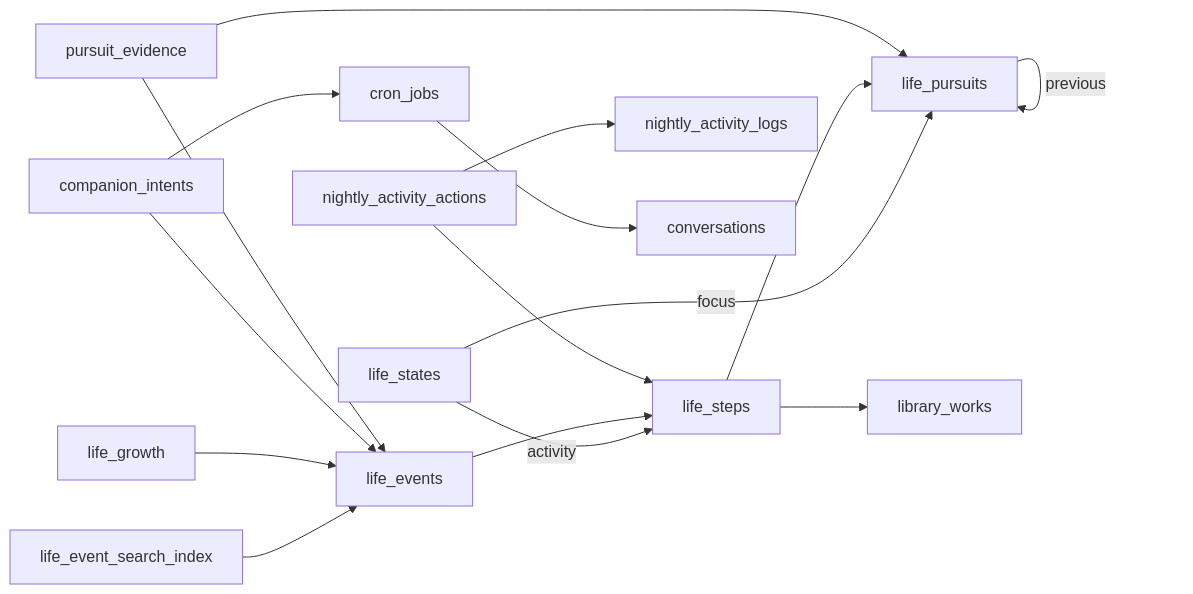
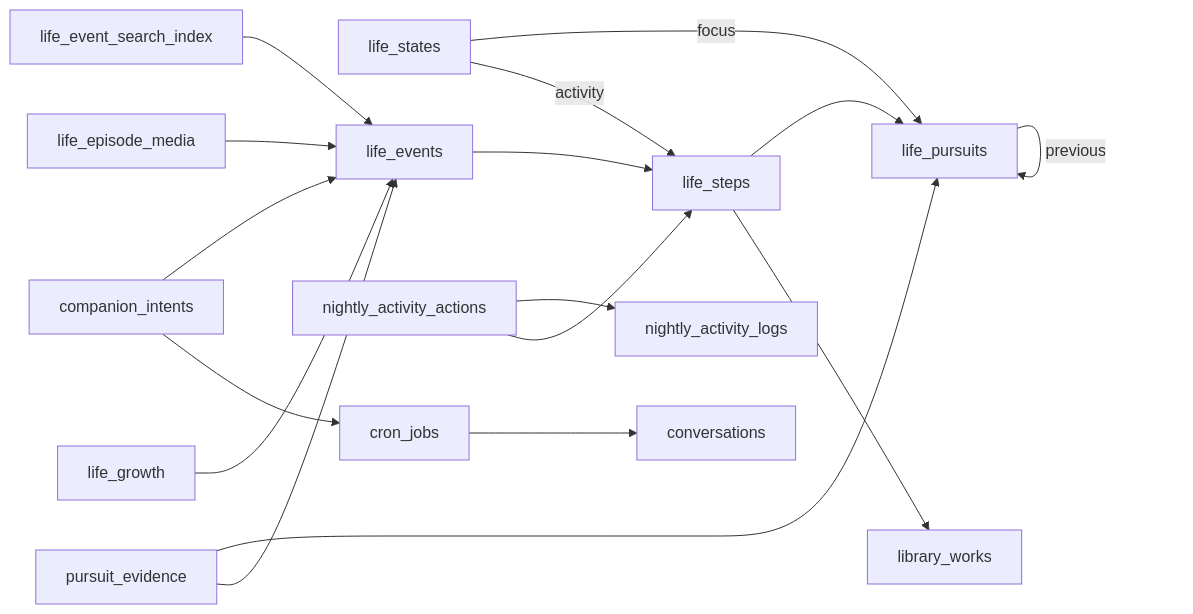
Before and after one commit to yangjinming1062/SpiritAgent: the seventh of 8 diagrams in docs/DATABASE.md, drawn with Mermaid. The commit also changed other lines of this file and 42 other files, not shown here.

First line of the commit message:
feat(backend,client): 支持近况分享图片和短视频

````diff
--- a/docs/DATABASE.md
+++ b/docs/DATABASE.md
@@ -137,18 +137,19 @@
 ```mermaid
 flowchart LR
     life_states -->|focus| life_pursuits
     life_states -->|activity| life_steps
     life_pursuits -->|previous| life_pursuits
     life_steps --> life_pursuits
     life_event_search_index --> life_events
+    life_episode_media --> life_events
     life_events --> life_steps
     life_growth --> life_events
     companion_intents --> life_events
     life_steps --> library_works
     pursuit_evidence --> life_pursuits
     pursuit_evidence --> life_events
     nightly_activity_actions --> nightly_activity_logs
     nightly_activity_actions --> life_steps
     cron_jobs --> conversations
     companion_intents --> cron_jobs
 ```
````
